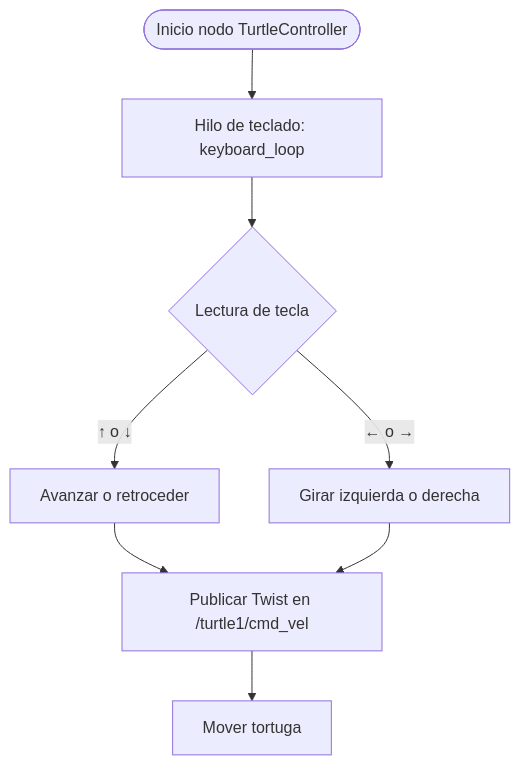
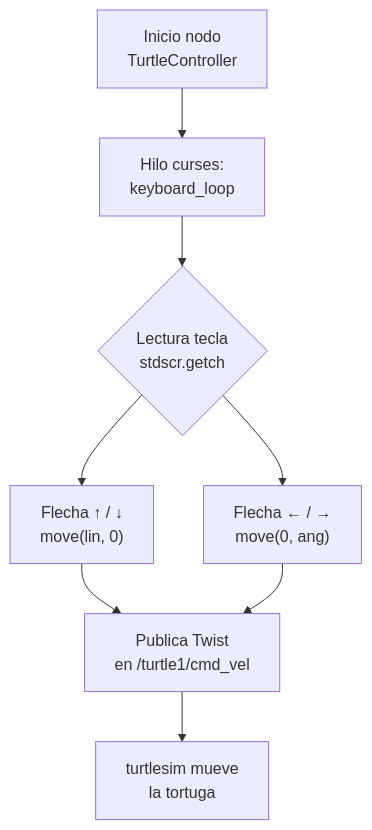
Before and after one commit to labsir-un/Robotica-2026-I-Equipo-2A-Monroy-Saenz: the diagram in Laboratorio No. 04 - Robótica de Desarrollo ROS Jazzy y Turtlesim/README.MD, drawn with Mermaid. The commit also changed other lines of this file, not shown here.

````diff
--- a/Laboratorio No. 04 - Robótica de Desarrollo ROS Jazzy y Turtlesim/README.MD
+++ b/Laboratorio No. 04 - Robótica de Desarrollo ROS Jazzy y Turtlesim/README.MD
@@ -27,18 +27,18 @@
 ```mermaid
 flowchart TD
-    A([Inicio nodo TurtleController])
-    B[Hilo de teclado: keyboard_loop]
-    C{Lectura de tecla}
-    D[Avanzar o retroceder]
-    E[Girar izquierda o derecha]
-    F[Publicar Twist en /turtle1/cmd_vel]
-    G[Mover tortuga]
+    A["Inicio nodo<br/>TurtleController"]
+    B["Hilo curses:<br/>keyboard_loop"]
+    C{"Lectura tecla<br/>stdscr.getch"}
+    D["Flecha ↑ / ↓<br/>move(lin, 0)"]
+    E["Flecha ← / →<br/>move(0, ang)"]
+    F["Publica Twist<br/>en /turtle1/cmd_vel"]
+    G["turtlesim mueve<br/>la tortuga"]
 
     A --> B
     B --> C
-    C -->|↑ o ↓| D
-    C -->|← o →| E
+    C --> D
+    C --> E
     D --> F
     E --> F
     F --> G
 ```
````
